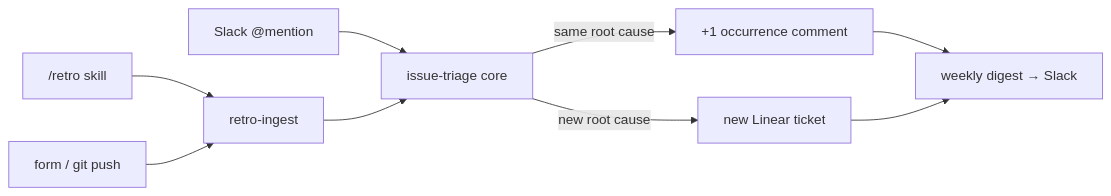
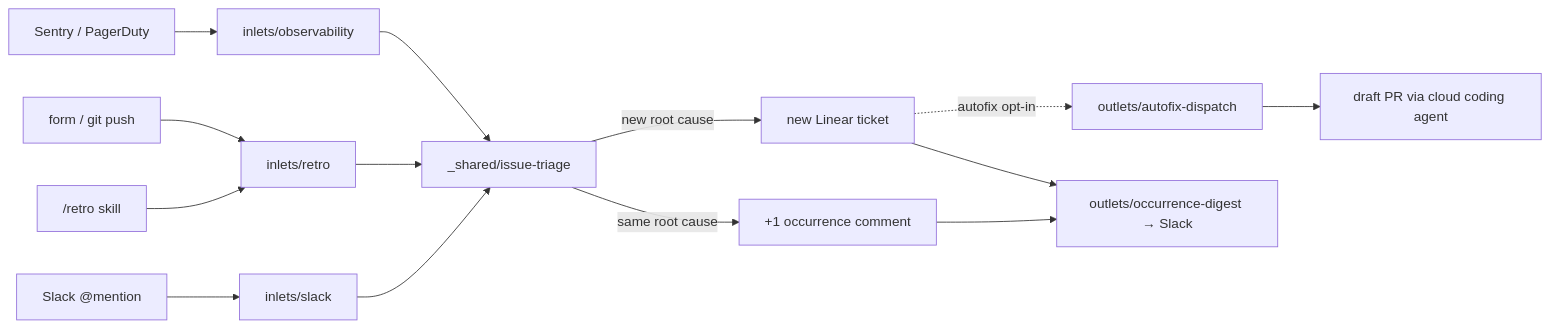
Before and after one commit to cephos-ai/deploykit: the diagram in README.md, drawn with Mermaid. The commit also changed other lines of this file and 18 other files, not shown here.

````diff
--- a/README.md
+++ b/README.md
@@ -59,10 +61,15 @@
 ```mermaid
 flowchart LR
-    slack["Slack @mention"] --> core
-    skill["/retro skill"] --> retro["retro-ingest"]
-    form["form / git push"] --> retro
-    retro --> core["issue-triage core"]
+    slack["Slack @mention"] --> slackInlet["inlets/slack"]
+    skill["/retro skill"] --> retroInlet["inlets/retro"]
+    form["form / git push"] --> retroInlet
+    sentry["Sentry / PagerDuty"] --> obs["inlets/observability"]
+    slackInlet --> core["_shared/issue-triage"]
+    retroInlet --> core
+    obs --> core
     core -->|same root cause| occ["+1 occurrence comment"]
     core -->|new root cause| new["new Linear ticket"]
-    occ & new --> digest["weekly digest → Slack"]
+    new -.->|autofix opt-in| autofix["outlets/autofix-dispatch"]
+    autofix --> pr["draft PR via cloud coding agent"]
+    occ & new --> digest["outlets/occurrence-digest → Slack"]
 ```
````
